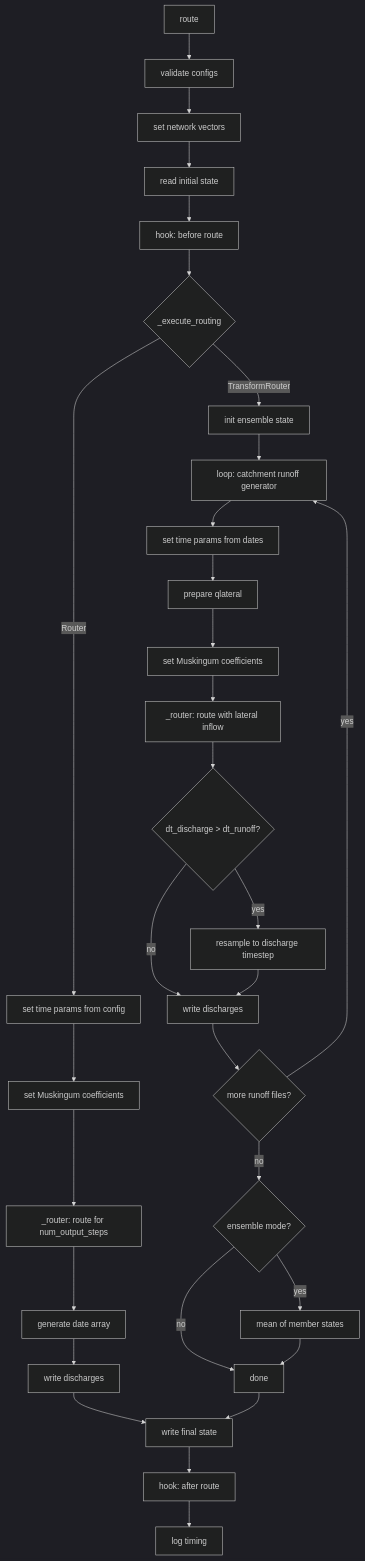
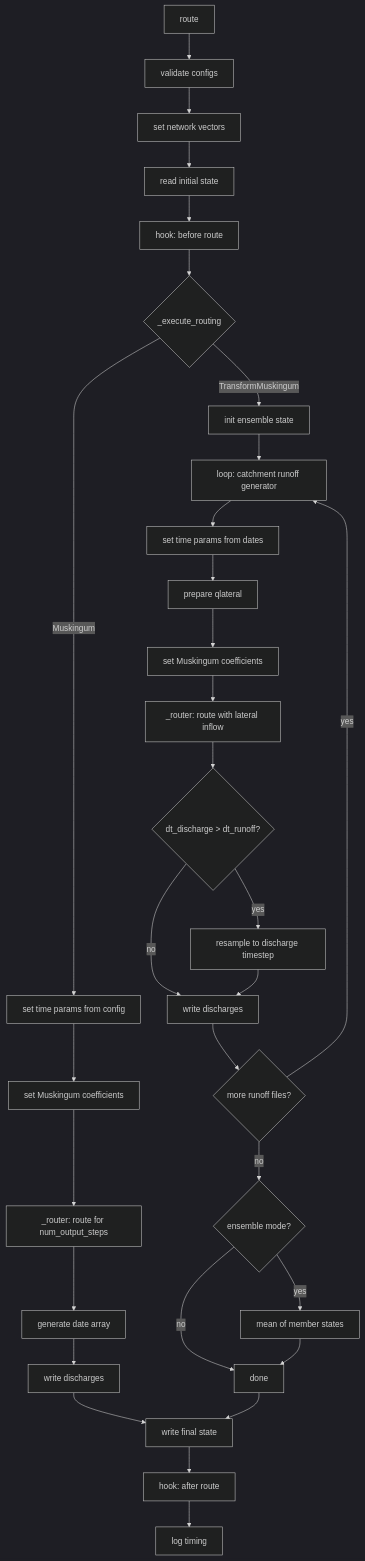
Before and after one commit to rileyhales/river-route: the diagram in docs/tutorial/advanced-tutorial.md, drawn with Mermaid (dark theme). The commit also changed other lines of this file and 18 other files, not shown here.

Commit message:
rename router to muskingum

````diff
--- a/docs/tutorial/advanced-tutorial.md
+++ b/docs/tutorial/advanced-tutorial.md
@@ -7,36 +7,36 @@
 ```mermaid
 graph TD
     A[route] --> B[validate configs]
     B --> C[set network vectors]
     C --> D[read initial state]
     D --> E[hook: before route]
     E --> F{_execute_routing}
 
-    F -->|Router| G[set time params from config]
+    F -->|Muskingum| G[set time params from config]
     G --> H[set Muskingum coefficients]
     H --> I[_router: route for num_output_steps]
     I --> J[generate date array]
     J --> K[write discharges]
 
-    F -->|TransformRouter| L[init ensemble state]
+    F -->|TransformMuskingum| L[init ensemble state]
     L --> M[loop: catchment runoff generator]
     M --> N[set time params from dates]
     N --> O[prepare qlateral]
     O --> P[set Muskingum coefficients]
     P --> Q[_router: route with lateral inflow]
     Q --> R{dt_discharge > dt_runoff?}
     R -->|yes| S[resample to discharge timestep]
     R -->|no| T[write discharges]
     S --> T
     T --> U{more runoff files?}
     U -->|yes| M
     U -->|no| V{ensemble mode?}
     V -->|yes| W[mean of member states]
     V -->|no| X[done]
     W --> X
 
     K --> Y[write final state]
     X --> Y
     Y --> Z[hook: after route]
     Z --> AA[log timing]
 ```
````
